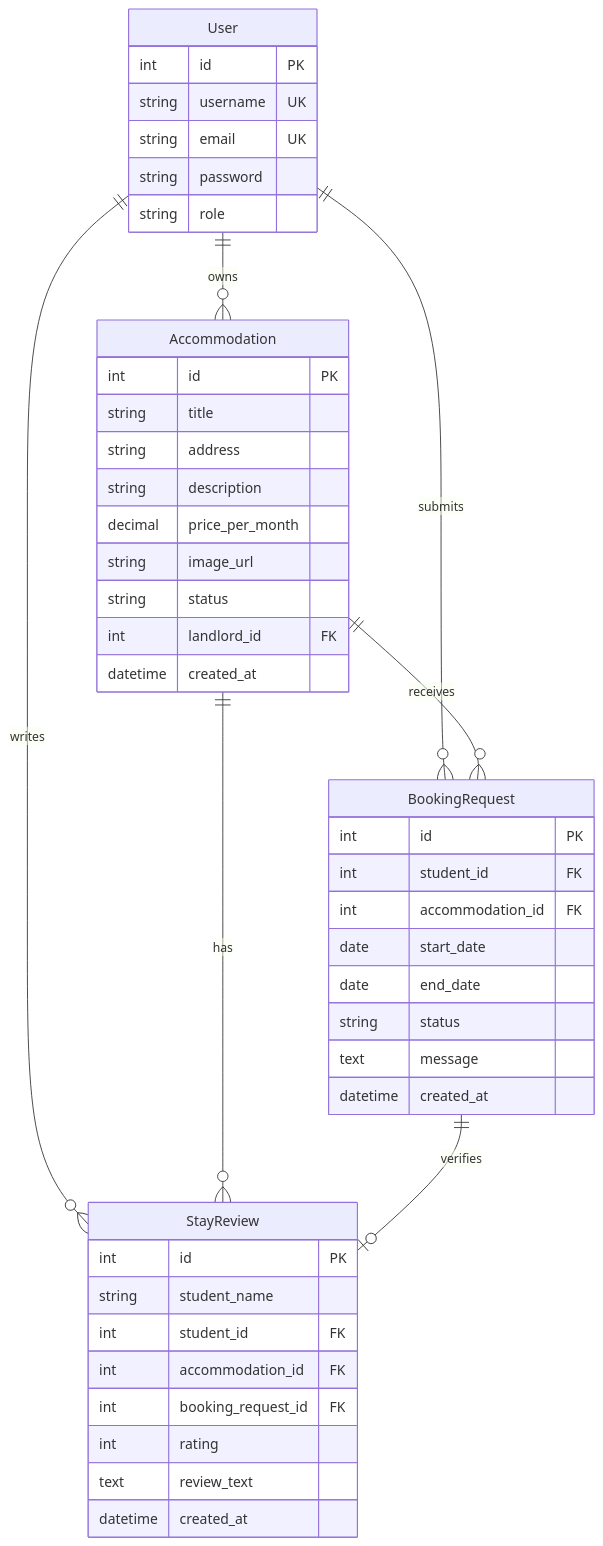
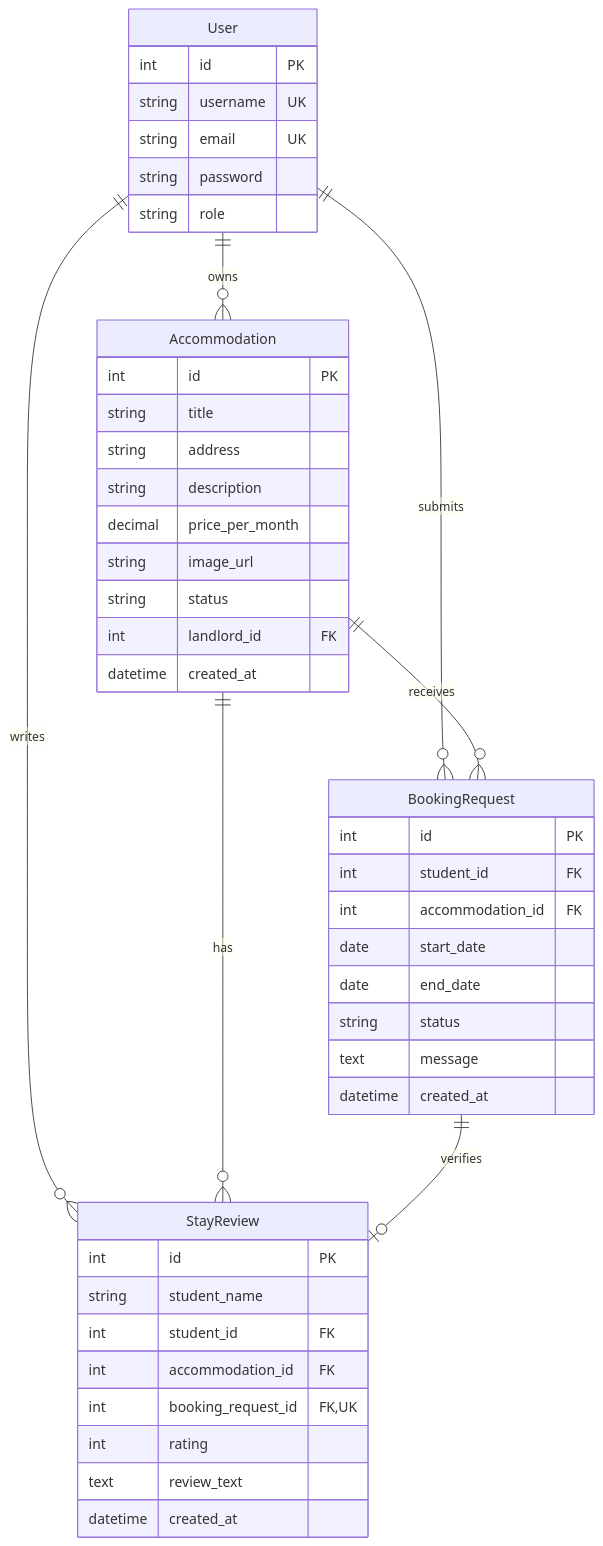
The diagram in docs/report.md (KadianR/comp3613a1), drawn with Mermaid before and after one commit. The commit also changed other lines of this file and 12 other files, not shown here.

````diff
--- a/docs/report.md
+++ b/docs/report.md
@@ -29,51 +36,51 @@
 ```mermaid
 erDiagram
   User {
     int id PK
     string username UK
     string email UK
     string password
     string role
   }
 
   Accommodation {
     int id PK
     string title
     string address
     string description
     decimal price_per_month
     string image_url
     string status
     int landlord_id FK
     datetime created_at
   }
 
   BookingRequest {
     int id PK
     int student_id FK
     int accommodation_id FK
     date start_date
     date end_date
     string status
     text message
     datetime created_at
   }
 
   StayReview {
     int id PK
     string student_name
     int student_id FK
     int accommodation_id FK
-    int booking_request_id FK
+    int booking_request_id FK, UK
     int rating
     text review_text
     datetime created_at
   }
 
   User ||--o{ BookingRequest : submits
   User ||--o{ StayReview : writes
   User ||--o{ Accommodation : owns
   Accommodation ||--o{ BookingRequest : receives
   Accommodation ||--o{ StayReview : has
   BookingRequest ||--o| StayReview : verifies
 ```
````
